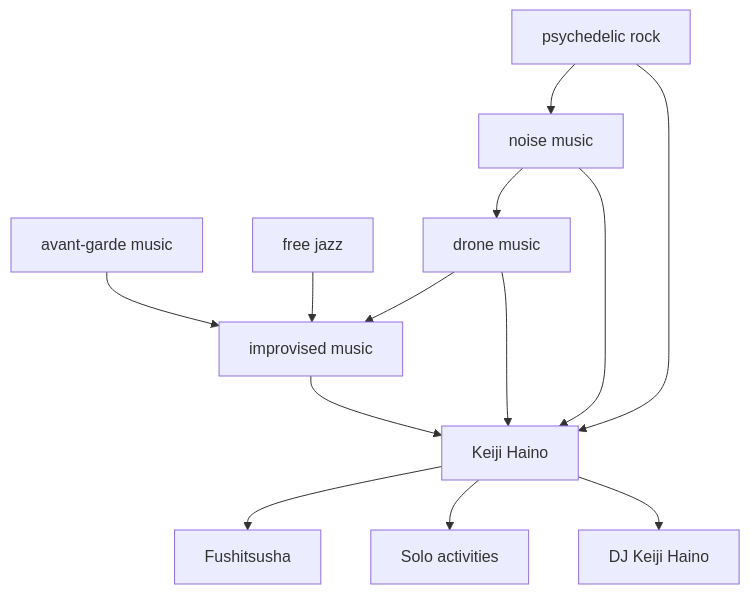
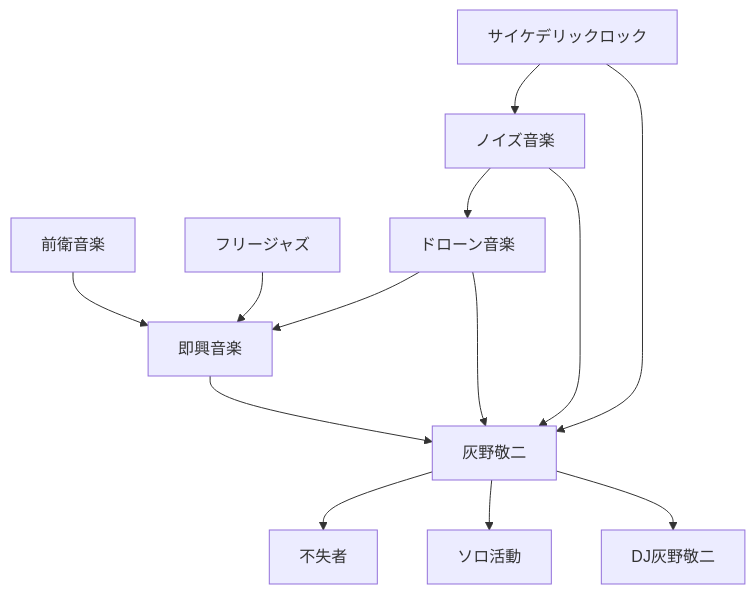
Before and after one commit to monumental-movement/monumental-movement.github.io: the ninth of 9 diagrams in en/_posts/2026-03-06-column-keiji-haino.md, drawn with Mermaid. The commit also changed other lines of this file and 2196 other files, not shown here.

```diff
--- a/en/_posts/2026-03-06-column-keiji-haino.md
+++ b/en/_posts/2026-03-06-column-keiji-haino.md
@@ -718,29 +718,29 @@
 <div class="mermaid">
 
 graph TD
 
-AvantGarde[avant-garde music]
-FreeJazz[free jazz]
-Noise[noise music]
-Drone[drone music]
-Psychedelic[psychedelic rock]
-Improvisation[improvised music]
+AvantGarde[前衛音楽]
+FreeJazz[フリージャズ]
+Noise[ノイズ音楽]
+Drone[ドローン音楽]
+Psychedelic[サイケデリックロック]
+Improvisation[即興音楽]
 
-Haino[Keiji Haino]
+Haino[灰野敬二]
 
 AvantGarde --> Improvisation
 FreeJazz --> Improvisation
 Noise --> Drone
 Drone --> Improvisation
 Psychedelic --> Noise
 
 Improvisation --> Haino
 Noise --> Haino
 Drone --> Haino
 Psychedelic --> Haino
 
-Haino --> Fushitsusha[Fushitsusha]
-Haino --> SoloWorks[Solo activities]
-Haino --> DJStyle[DJ Keiji Haino]
+Haino --> Fushitsusha[不失者]
+Haino --> SoloWorks[ソロ活動]
+Haino --> DJStyle[DJ灰野敬二]
 
 </div>
```
